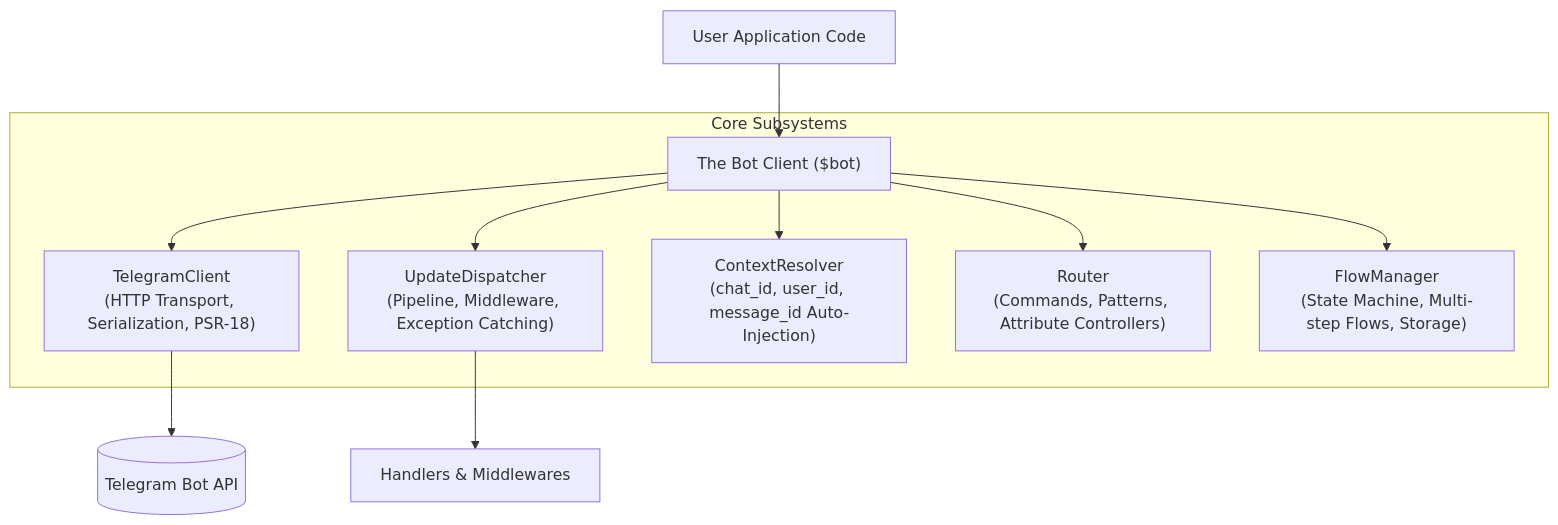
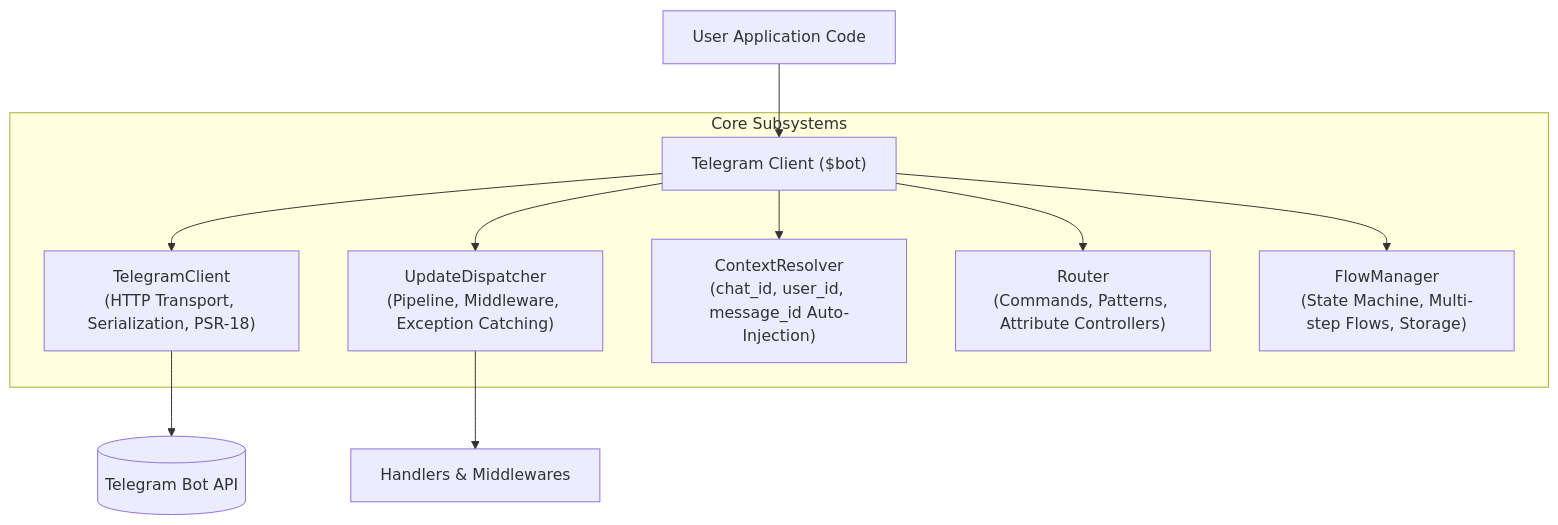
One commit to tueen/telegram changed the diagram in docs/guide/telegram-client.md. Above: the diagram before and after it, drawn with Mermaid. The commit also changed other lines of this file and 11 other files, not shown here.

First line of the commit message:
docs: reorganize architecture, polish tone, and add documentation standards skill

````diff
--- a/docs/guide/telegram-client.md
+++ b/docs/guide/telegram-client.md
@@ -11,15 +115,15 @@
 ```mermaid
 flowchart TD
-    UserCode["User Application Code"] --> Bot["The Bot Client ($bot)"]
+    UserCode["User Application Code"] --> Bot["Telegram Client ($bot)"]
     
     subgraph Core Subsystems
         Bot --> Client["TelegramClient<br/>(HTTP Transport, Serialization, PSR-18)"]
         Bot --> Dispatcher["UpdateDispatcher<br/>(Pipeline, Middleware, Exception Catching)"]
         Bot --> Context["ContextResolver<br/>(chat_id, user_id, message_id Auto-Injection)"]
         Bot --> Router["Router<br/>(Commands, Patterns, Attribute Controllers)"]
         Bot --> Flows["FlowManager<br/>(State Machine, Multi-step Flows, Storage)"]
     end
 
     Client --> TelegramAPI[("Telegram Bot API")]
     Dispatcher --> Handlers["Handlers & Middlewares"]
 ```
````
